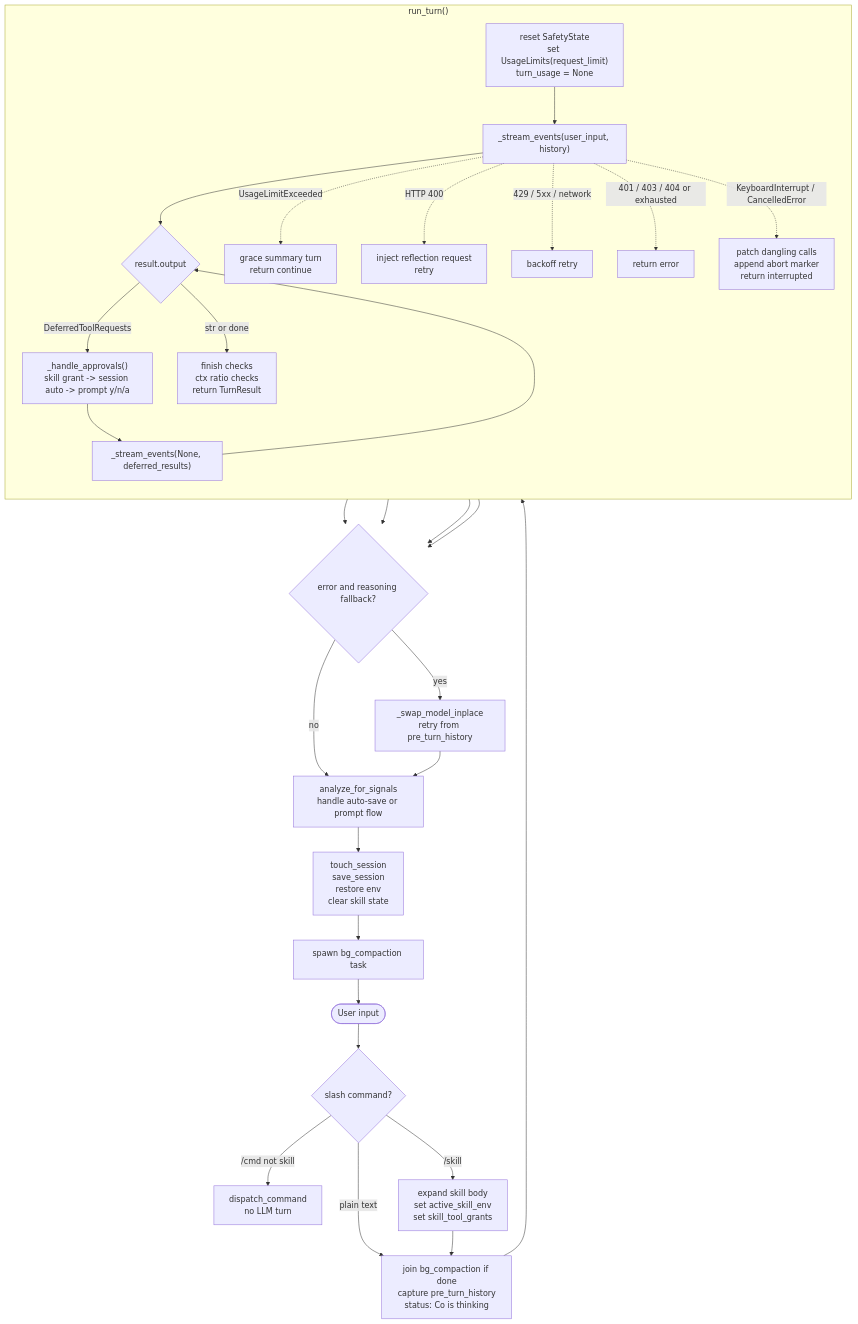
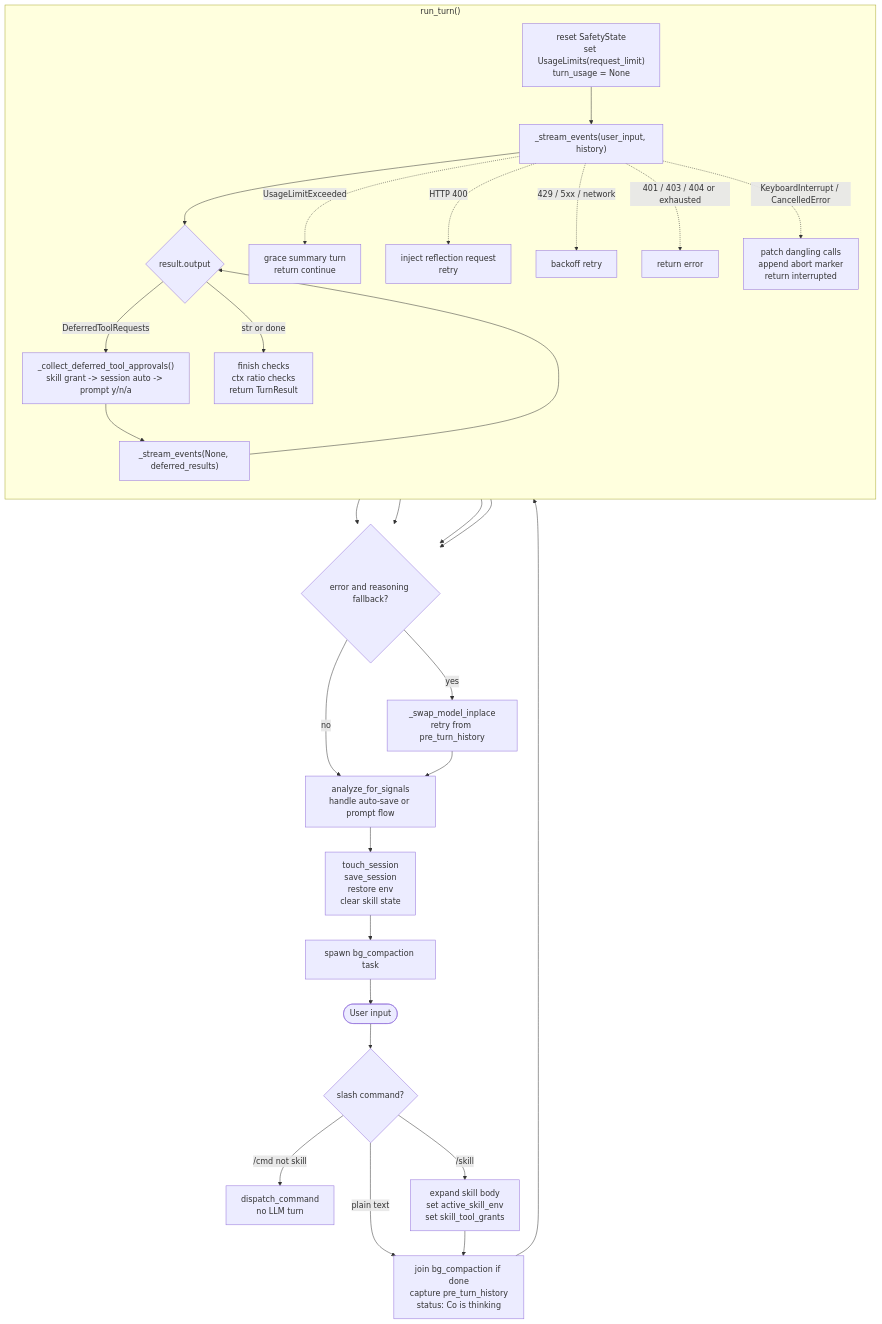
Before and after one commit to binlecode/co-cli: the second of 3 diagrams in docs/DESIGN-core-loop.md, drawn with Mermaid. The commit also changed other lines of this file and 59 other files, not shown here.

````diff
--- a/docs/DESIGN-core-loop.md
+++ b/docs/DESIGN-core-loop.md
@@ -83,41 +83,41 @@
 ```mermaid
 flowchart TD
     A([User input]) --> CMD
 
     CMD{slash command?}
     CMD -- "/cmd not skill" --> SKIP["dispatch_command\nno LLM turn"]
     CMD -- "/skill" --> SKILL["expand skill body\nset active_skill_env\nset skill_tool_grants"]
     CMD -- plain text --> PRE
     SKILL --> PRE
 
     PRE["join bg_compaction if done\ncapture pre_turn_history\nstatus: Co is thinking"] --> RUN
 
     subgraph RUN ["run_turn()"]
         direction TB
         R1["reset SafetyState\nset UsageLimits(request_limit)\nturn_usage = None"] --> STRM
         STRM["_stream_events(user_input, history)"] --> CHK
         CHK{result.output}
         CHK -- DeferredToolRequests --> AP
-        AP["_handle_approvals()\nskill grant -> session auto -> prompt y/n/a"] --> RESUME
+        AP["_collect_deferred_tool_approvals()\nskill grant -> session auto -> prompt y/n/a"] --> RESUME
         RESUME["_stream_events(None, deferred_results)"] --> CHK
         CHK -- str or done --> DONE["finish checks\nctx ratio checks\nreturn TurnResult"]
         STRM -.->|UsageLimitExceeded| GR["grace summary turn\nreturn continue"]
         STRM -.->|"HTTP 400"| REF["inject reflection request\nretry"]
         STRM -.->|"429 / 5xx / network"| BAK["backoff retry"]
         STRM -.->|"401 / 403 / 404 or exhausted"| ERR["return error"]
         STRM -.->|KeyboardInterrupt / CancelledError| INT["patch dangling calls\nappend abort marker\nreturn interrupted"]
     end
 
     DONE --> POST
     GR --> POST
     ERR --> POST
     INT --> POST
 
     POST{error and reasoning fallback?} -- yes --> CHAIN["_swap_model_inplace\nretry from pre_turn_history"]
     POST -- no --> SIG
     CHAIN --> SIG
 
     SIG["analyze_for_signals\nhandle auto-save or prompt flow"] --> SAVE
     SAVE["touch_session\nsave_session\nrestore env\nclear skill state"] --> BG
     BG["spawn bg_compaction task"] --> A
 ```
````
